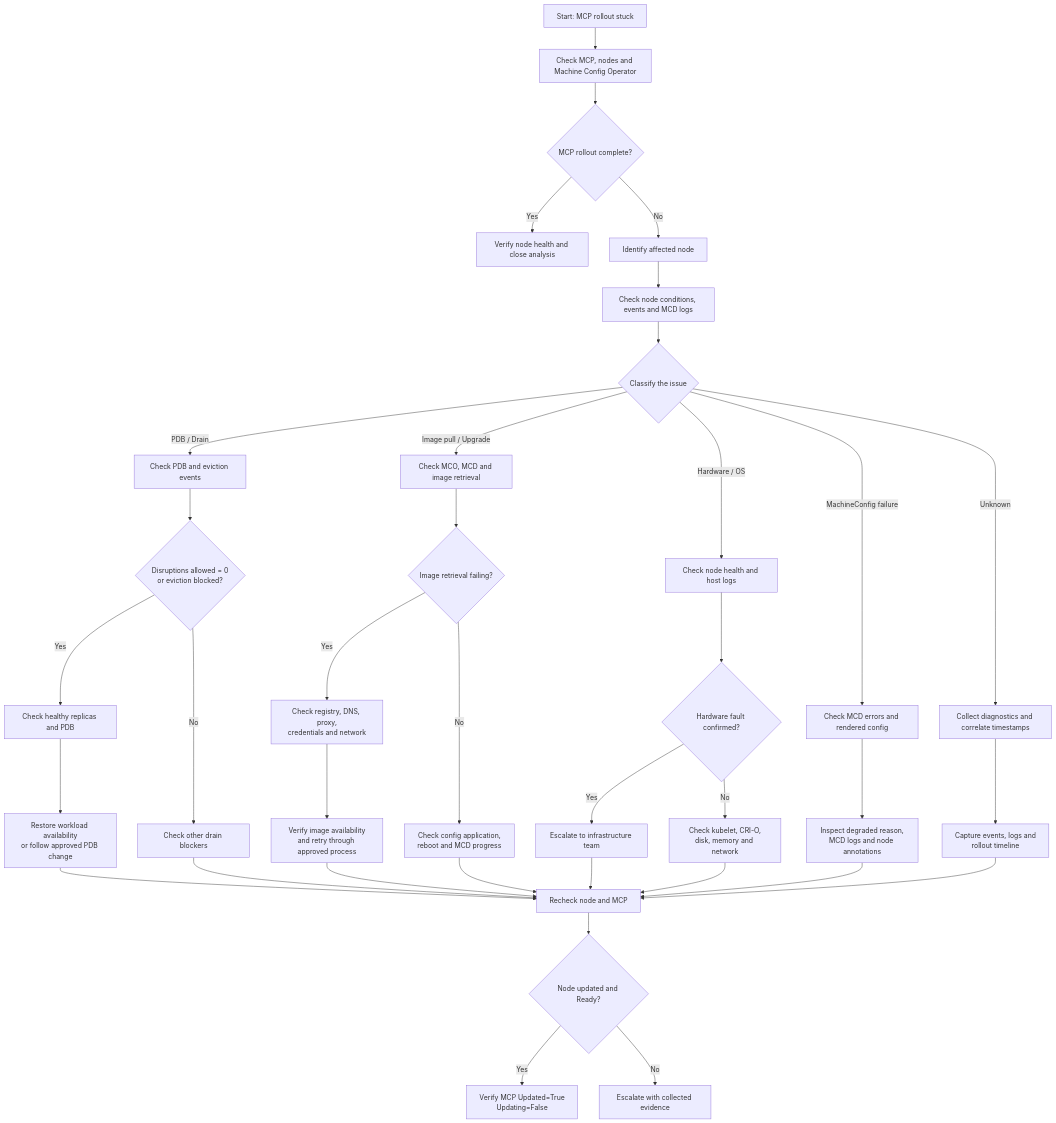
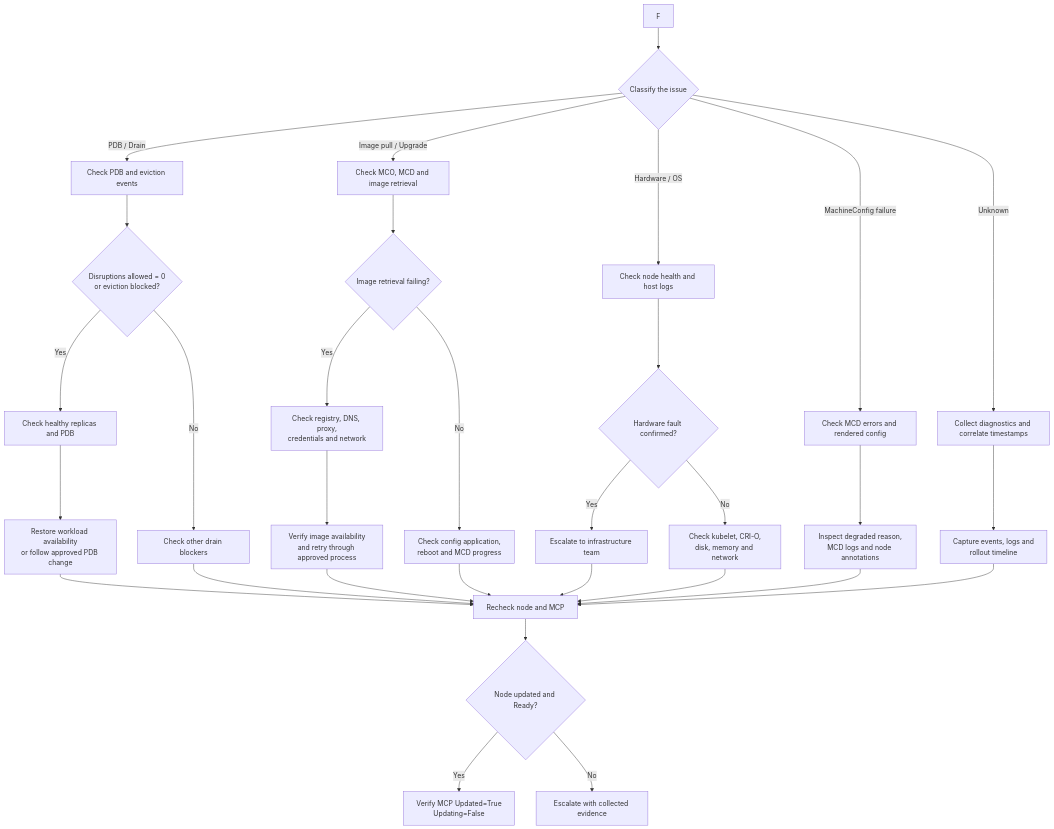
The diagram in digram.md (vineetsunny/SystemMemoryExceedsReservation), drawn with Mermaid before and after one commit.

````diff
--- a/digram.md
+++ b/digram.md
@@ -1,46 +1,40 @@
 ```mermaid
 flowchart TD
-    A["Start: MCP rollout stuck"] --> B["Check MCP, nodes and Machine Config Operator"]
-    B --> C{"MCP rollout complete?"}
-    
-    C -->|Yes| D["Verify node health and close analysis"]
-    C -->|No| E["Identify affected node"]
-    E --> F["Check node conditions, events and MCD logs"]
     F --> G{"Classify the issue"}
 
     G -->|PDB / Drain| H["Check PDB and eviction events"]
     G -->|Image pull / Upgrade| I["Check MCO, MCD and image retrieval"]
     G -->|Hardware / OS| J["Check node health and host logs"]
     G -->|MachineConfig failure| K["Check MCD errors and rendered config"]
     G -->|Unknown| L["Collect diagnostics and correlate timestamps"]
 
     H --> M{"Disruptions allowed = 0<br/>or eviction blocked?"}
     M -->|Yes| N["Check healthy replicas and PDB"]
     N --> O["Restore workload availability<br/>or follow approved PDB change"]
     M -->|No| P["Check other drain blockers"]
 
     I --> Q{"Image retrieval failing?"}
     Q -->|Yes| R["Check registry, DNS, proxy,<br/>credentials and network"]
     R --> S["Verify image availability<br/>and retry through approved process"]
     Q -->|No| T["Check config application,<br/>reboot and MCD progress"]
 
     J --> U{"Hardware fault confirmed?"}
     U -->|Yes| V["Escalate to infrastructure team"]
     U -->|No| W["Check kubelet, CRI-O,<br/>disk, memory and network"]
 
     K --> X["Inspect degraded reason,<br/>MCD logs and node annotations"]
     L --> Y["Capture events, logs and<br/>rollout timeline"]
 
     O --> Z["Recheck node and MCP"]
     P --> Z
     S --> Z
     T --> Z
     V --> Z
     W --> Z
     X --> Z
     Y --> Z
 
     Z --> AA{"Node updated and Ready?"}
     AA -->|Yes| AB["Verify MCP Updated=True<br/>Updating=False"]
     AA -->|No| AC["Escalate with collected evidence"]
 ```
````
